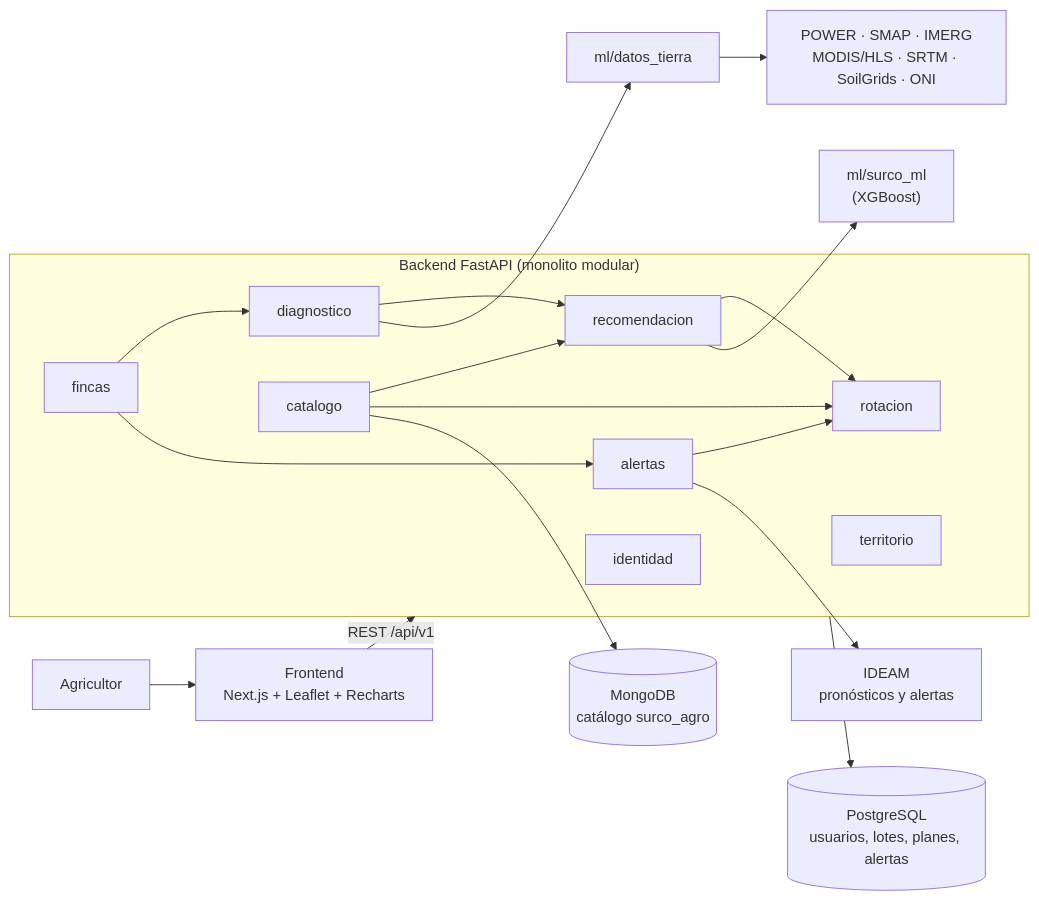
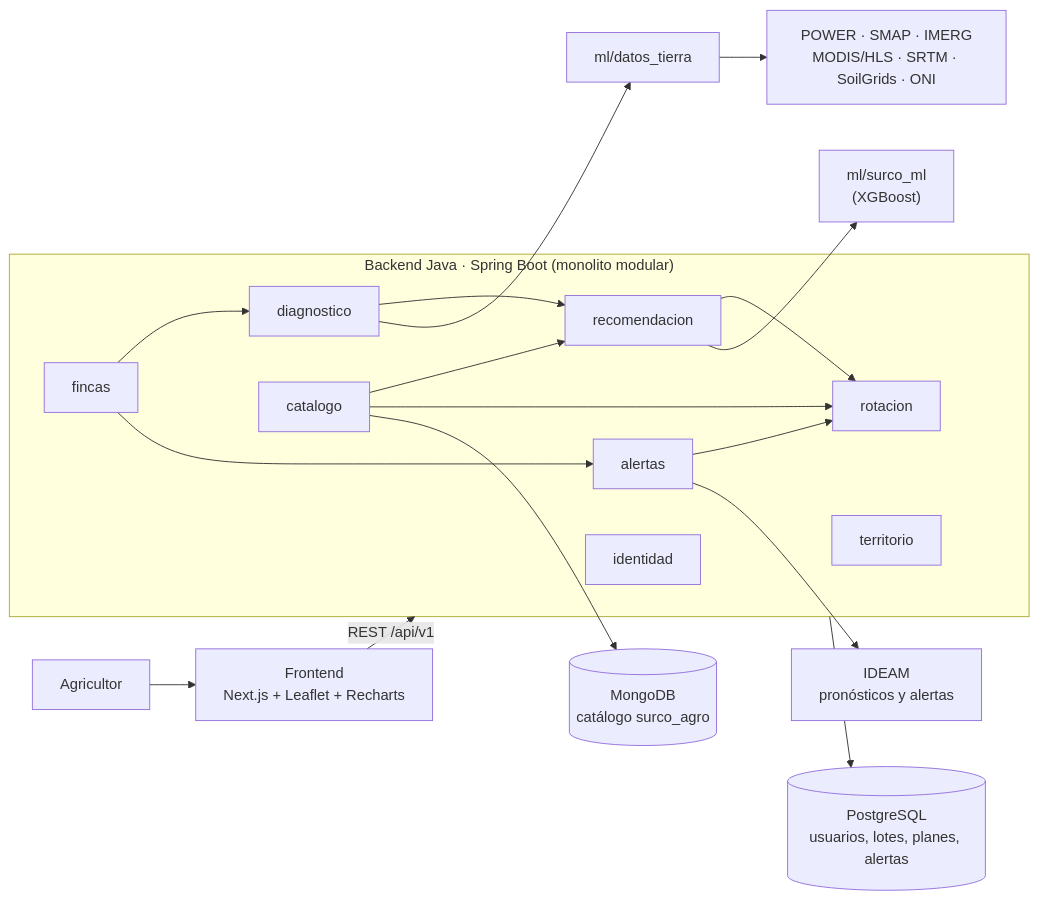
The third of 3 diagrams in README.md (EdwinSteve/FielPilotNasaSpaceAPP), drawn with Mermaid before and after one commit. The commit also changed other lines of this file and 291 other files, not shown here.

First line of the commit message:
feat(identidad): autenticación JWT en Spring Boot y registro/ingreso sin mocks

````diff
--- a/README.md
+++ b/README.md
@@ -147,23 +147,23 @@
 ```mermaid
 flowchart LR
     U["Agricultor"] --> FE["Frontend<br/>Next.js + Leaflet + Recharts"]
     FE -->|"REST /api/v1"| BE
 
-    subgraph BE["Backend FastAPI (monolito modular)"]
+    subgraph BE["Backend Java · Spring Boot (monolito modular)"]
         ID[identidad] ~~~ TE[territorio]
         FI[fincas] --> DI[diagnostico]
         DI --> RE[recomendacion]
         CA[catalogo] --> RE
         RE --> RO[rotacion]
         CA --> RO
         FI --> AL[alertas]
         AL --> RO
     end
 
     DI --> DT["ml/datos_tierra"]
     RE --> ML["ml/surco_ml<br/>(XGBoost)"]
     DT --> NASA["POWER · SMAP · IMERG<br/>MODIS/HLS · SRTM · SoilGrids · ONI"]
     AL --> IDEAM["IDEAM<br/>pronósticos y alertas"]
     BE --> PG[("PostgreSQL<br/>usuarios, lotes, planes, alertas")]
     CA --> MG[("MongoDB<br/>catálogo surco_agro")]
 ```
````
